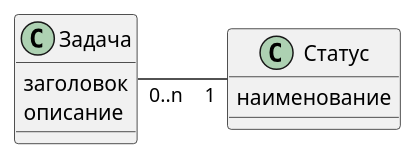
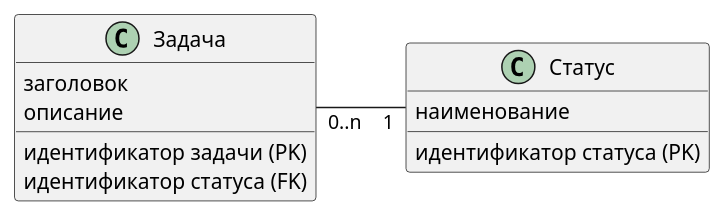
Before and after one commit to Niknekron/Docs-As-Code: the diagram in src/docs/asciidoc/db/db.puml, drawn with PlantUML. The commit also changed 4 other files, not shown here.

Commit message:
В описание метода создания задачи добавлена ссылка возврата на главную страницуВ описание метода создания задачи добавлена ссылка возврата на главную страницу

```diff
--- a/src/docs/asciidoc/db/db.puml
+++ b/src/docs/asciidoc/db/db.puml
@@ -1,11 +1,19 @@
 @startuml
+
 left to right direction
+
 class Задача {
-заголовок
-описание
+    идентификатор задачи (PK)
+    заголовок
+    описание
+    идентификатор статуса (FK)
 }
+
 class Статус {
-наименование
+    идентификатор статуса (PK)
+    наименование
 }
+
 Задача "0..n" -- "1" Статус
+
 @enduml
```
